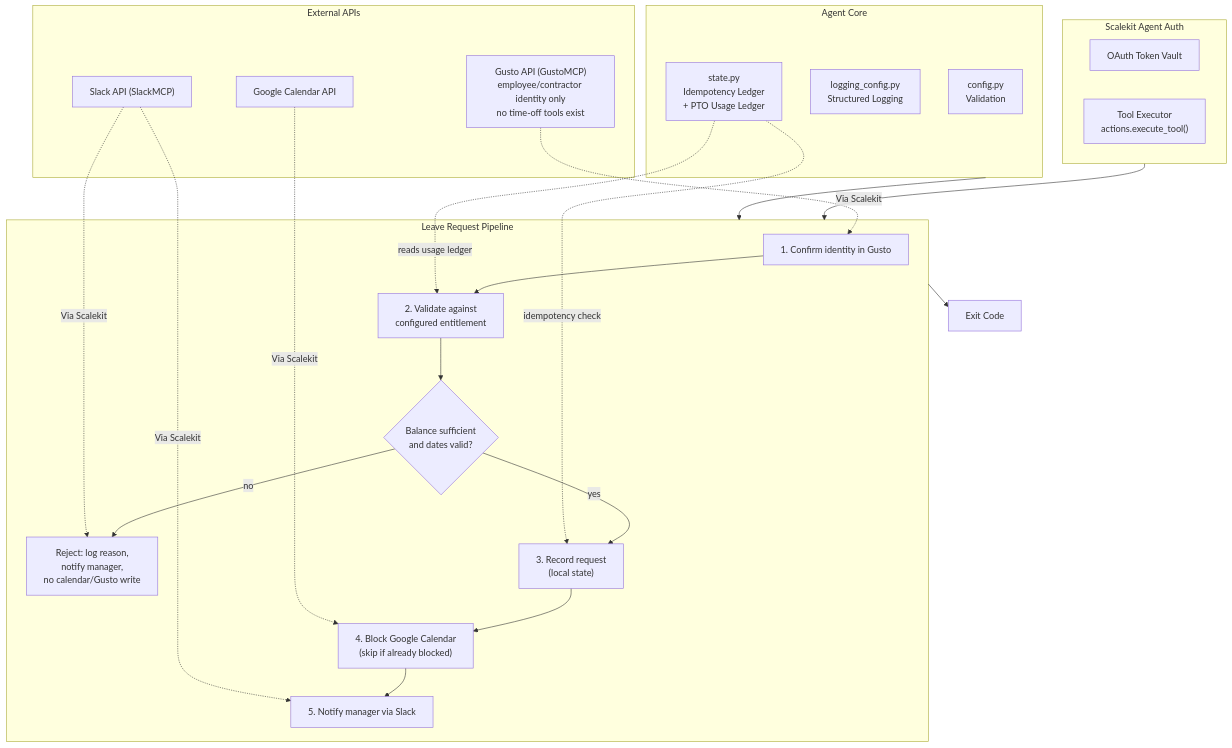
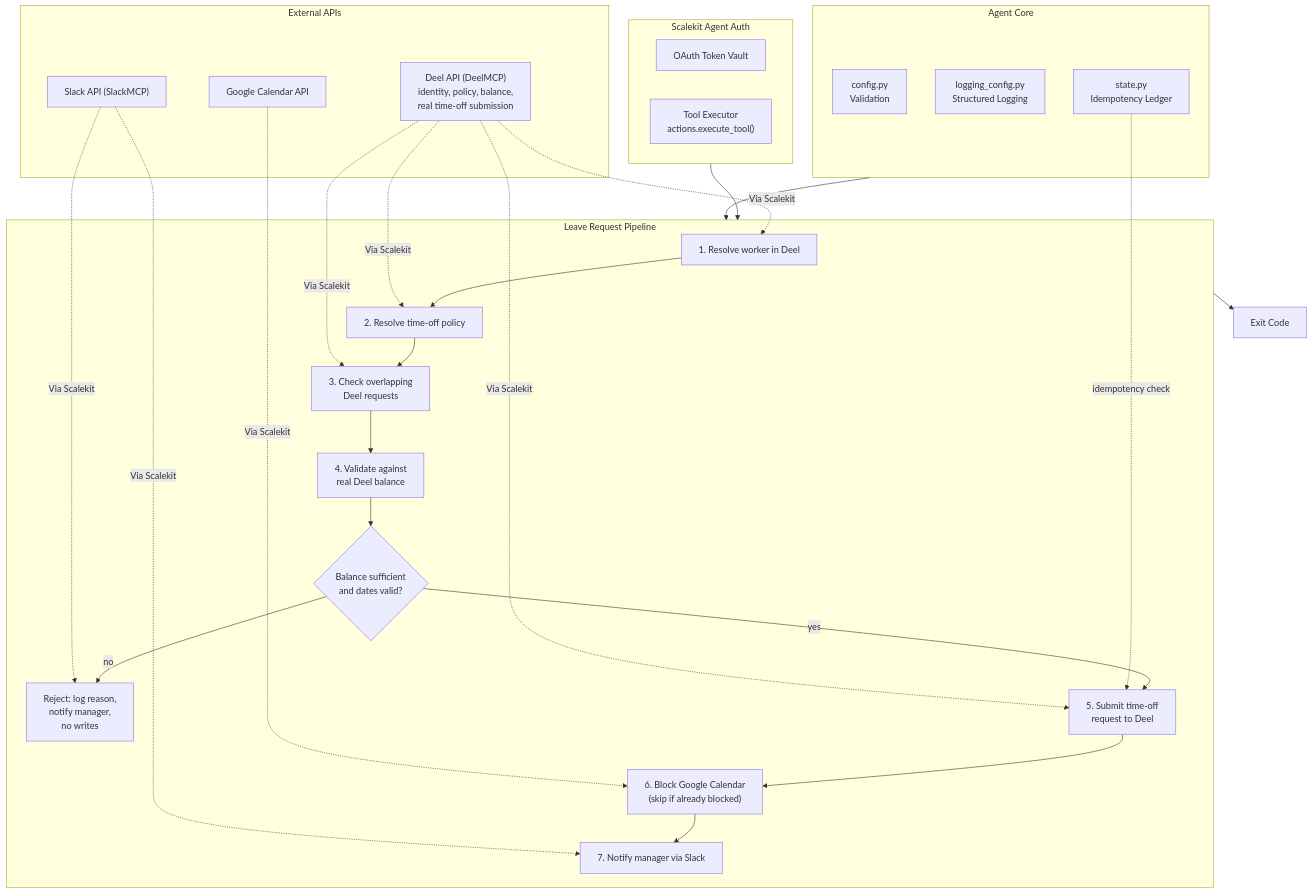
Before and after one commit to scalekit-developers/workflow-agents-demos: the diagram in pto-leave-request-agent/README.md, drawn with Mermaid. The commit also changed other lines of this file and 9 other files, not shown here.

First line of the commit message:
Refactor PTO Leave Request Agent for Deel Integration

````diff
--- a/pto-leave-request-agent/README.md
+++ b/pto-leave-request-agent/README.md
@@ -37,46 +29,52 @@
 ```mermaid
 graph TB
     subgraph External["External APIs"]
-        GU["Gusto API (GustoMCP)<br/>employee/contractor identity only<br/>no time-off tools exist"]
+        DE["Deel API (DeelMCP)<br/>identity, policy, balance,<br/>real time-off submission"]
         GC["Google Calendar API"]
         SL["Slack API (SlackMCP)"]
     end
 
     subgraph Scalekit["Scalekit Agent Auth"]
         OAUTH["OAuth Token Vault"]
         TOOLS["Tool Executor<br/>actions.execute_tool()"]
     end
 
     subgraph Core["Agent Core"]
         CONFIG["config.py<br/>Validation"]
         LOGGING["logging_config.py<br/>Structured Logging"]
-        STATE["state.py<br/>Idempotency Ledger<br/>+ PTO Usage Ledger"]
+        STATE["state.py<br/>Idempotency Ledger"]
     end
 
     subgraph Pipeline["Leave Request Pipeline"]
-        S1["1. Confirm identity in Gusto"]
-        S2["2. Validate against<br/>configured entitlement"]
+        S1["1. Resolve worker in Deel"]
+        S2["2. Resolve time-off policy"]
+        S3["3. Check overlapping<br/>Deel requests"]
+        S4["4. Validate against<br/>real Deel balance"]
         DECISION{"Balance sufficient<br/>and dates valid?"}
-        REJECT["Reject: log reason,<br/>notify manager,<br/>no calendar/Gusto write"]
-        S3["3. Record request<br/>(local state)"]
-        S4["4. Block Google Calendar<br/>(skip if already blocked)"]
-        S5["5. Notify manager via Slack"]
+        REJECT["Reject: log reason,<br/>notify manager,<br/>no writes"]
+        S5["5. Submit time-off<br/>request to Deel"]
+        S6["6. Block Google Calendar<br/>(skip if already blocked)"]
+        S7["7. Notify manager via Slack"]
     end
 
-    GU -.->|Via Scalekit| S1
+    DE -.->|Via Scalekit| S1
     S1 --> S2
-    STATE -.->|reads usage ledger| S2
-    S2 --> DECISION
+    DE -.->|Via Scalekit| S2
+    S2 --> S3
+    DE -.->|Via Scalekit| S3
+    S3 --> S4
+    S4 --> DECISION
     DECISION -->|no| REJECT
-    DECISION -->|yes| S3
-    STATE -.->|idempotency check| S3
-    S3 --> S4
-    GC -.->|Via Scalekit| S4
-    S4 --> S5
-    SL -.->|Via Scalekit| S5
+    DECISION -->|yes| S5
+    STATE -.->|idempotency check| S5
+    DE -.->|Via Scalekit| S5
+    S5 --> S6
+    GC -.->|Via Scalekit| S6
+    S6 --> S7
+    SL -.->|Via Scalekit| S7
     SL -.->|Via Scalekit| REJECT
 
     Scalekit --> Pipeline
     Core --> Pipeline
     Pipeline --> Output["Exit Code"]
 ```
````
